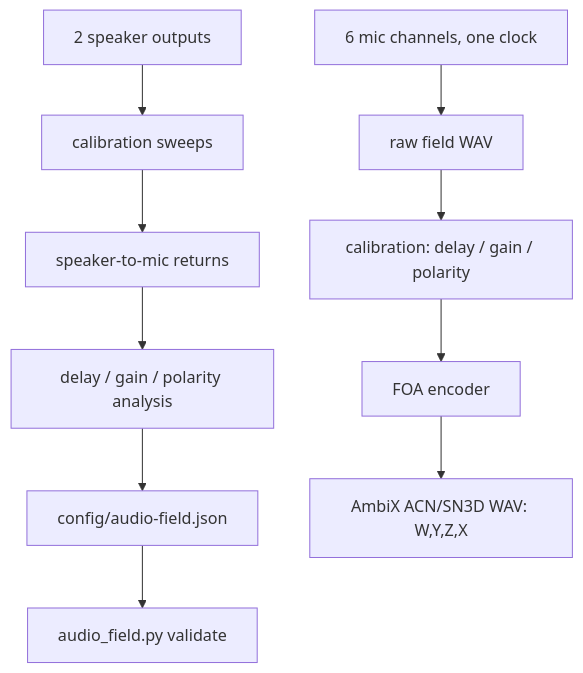
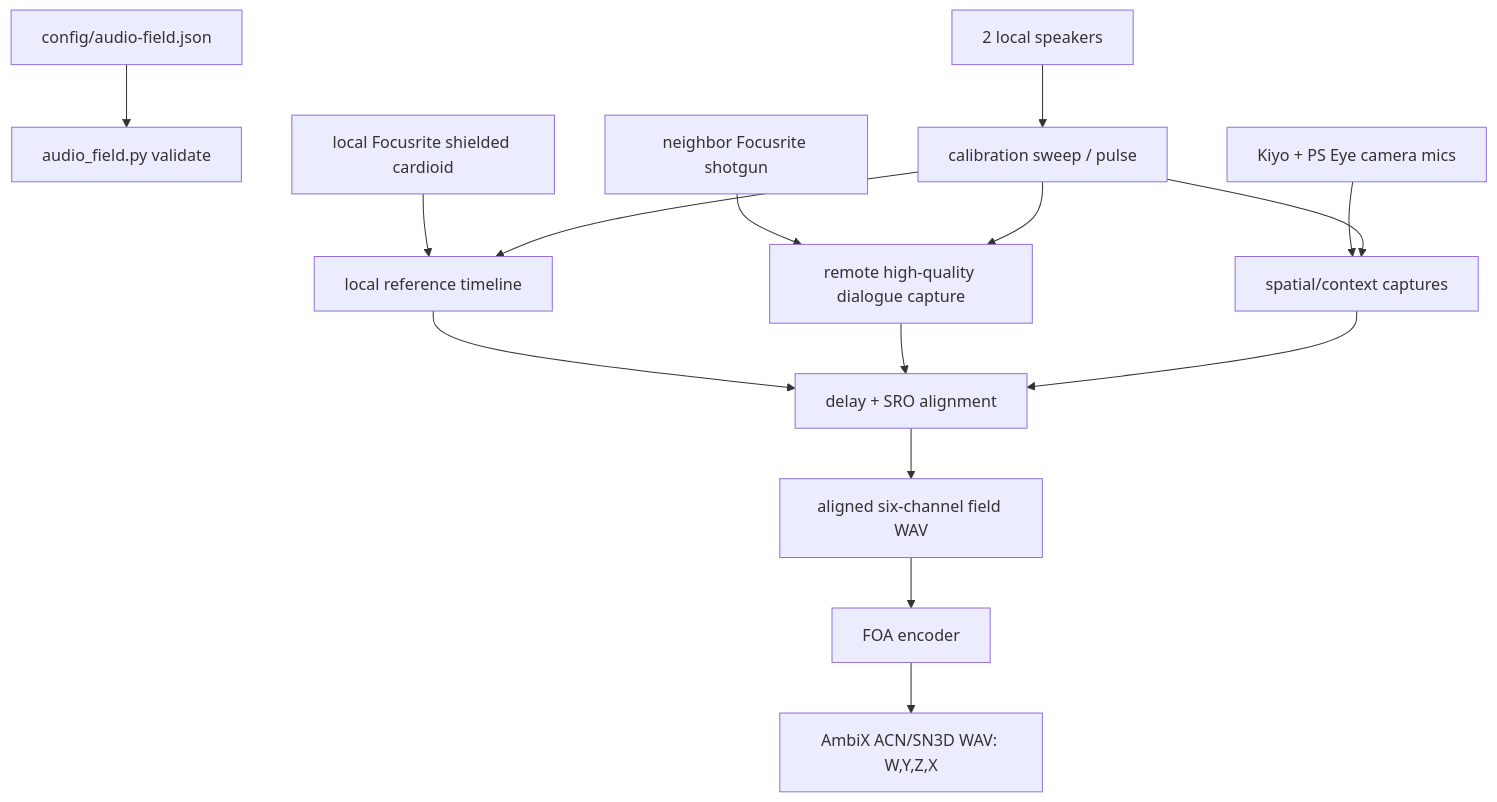
The diagram in docs/audio-field.md (GameCult/Mimir), drawn with Mermaid before and after one commit. The commit also changed other lines of this file and 6 other files, not shown here.

````diff
--- a/docs/audio-field.md
+++ b/docs/audio-field.md
@@ -20,12 +20,17 @@
 ```mermaid
 flowchart TD
     A["config/audio-field.json"] --> B["audio_field.py validate"]
-    C["6 mic channels, one clock"] --> D["raw field WAV"]
-    E["2 speaker outputs"] --> F["calibration sweeps"]
-    F --> G["speaker-to-mic returns"]
-    G --> H["delay / gain / polarity analysis"]
-    H --> A
-    D --> I["calibration: delay / gain / polarity"]
-    I --> J["FOA encoder"]
-    J --> K["AmbiX ACN/SN3D WAV: W,Y,Z,X"]
+    C["local Focusrite shielded cardioid"] --> D["local reference timeline"]
+    E["neighbor Focusrite shotgun"] --> F["remote high-quality dialogue capture"]
+    G["Kiyo + PS Eye camera mics"] --> H["spatial/context captures"]
+    I["2 local speakers"] --> J["calibration sweep / pulse"]
+    J --> D
+    J --> F
+    J --> H
+    D --> K["delay + SRO alignment"]
+    F --> K
+    H --> K
+    K --> L["aligned six-channel field WAV"]
+    L --> M["FOA encoder"]
+    M --> N["AmbiX ACN/SN3D WAV: W,Y,Z,X"]
 ```
````
